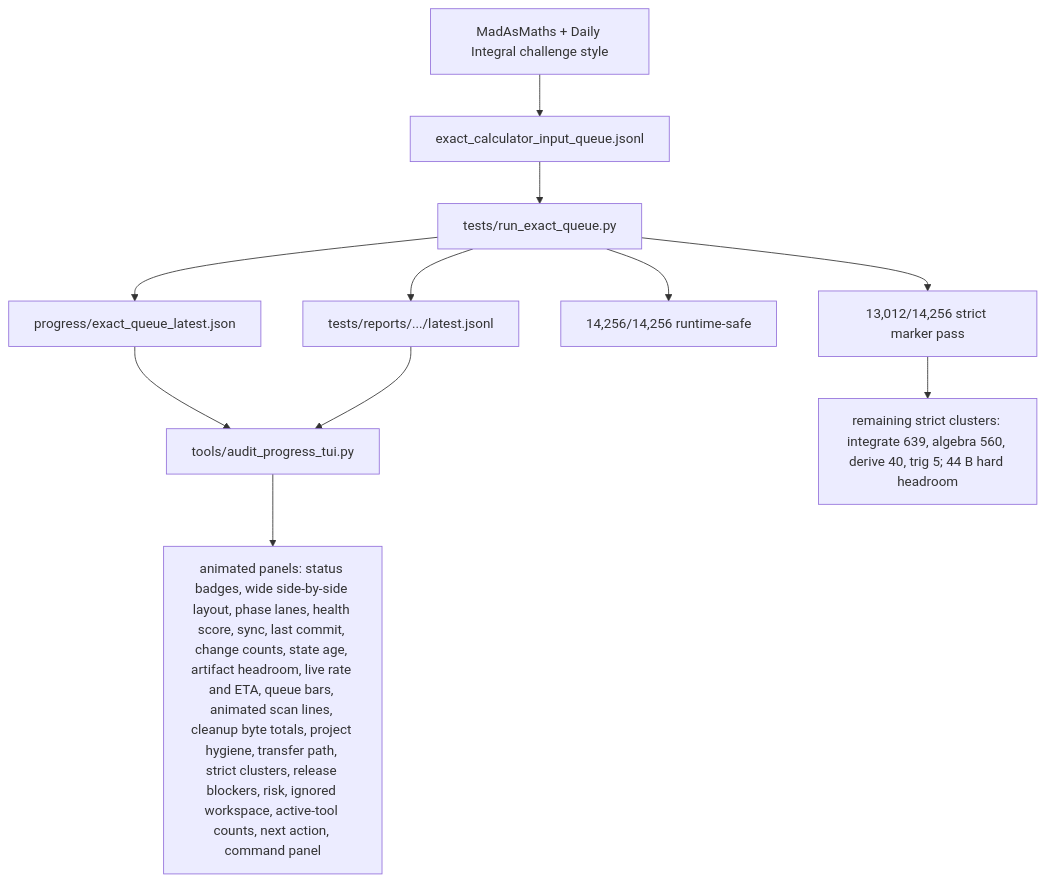
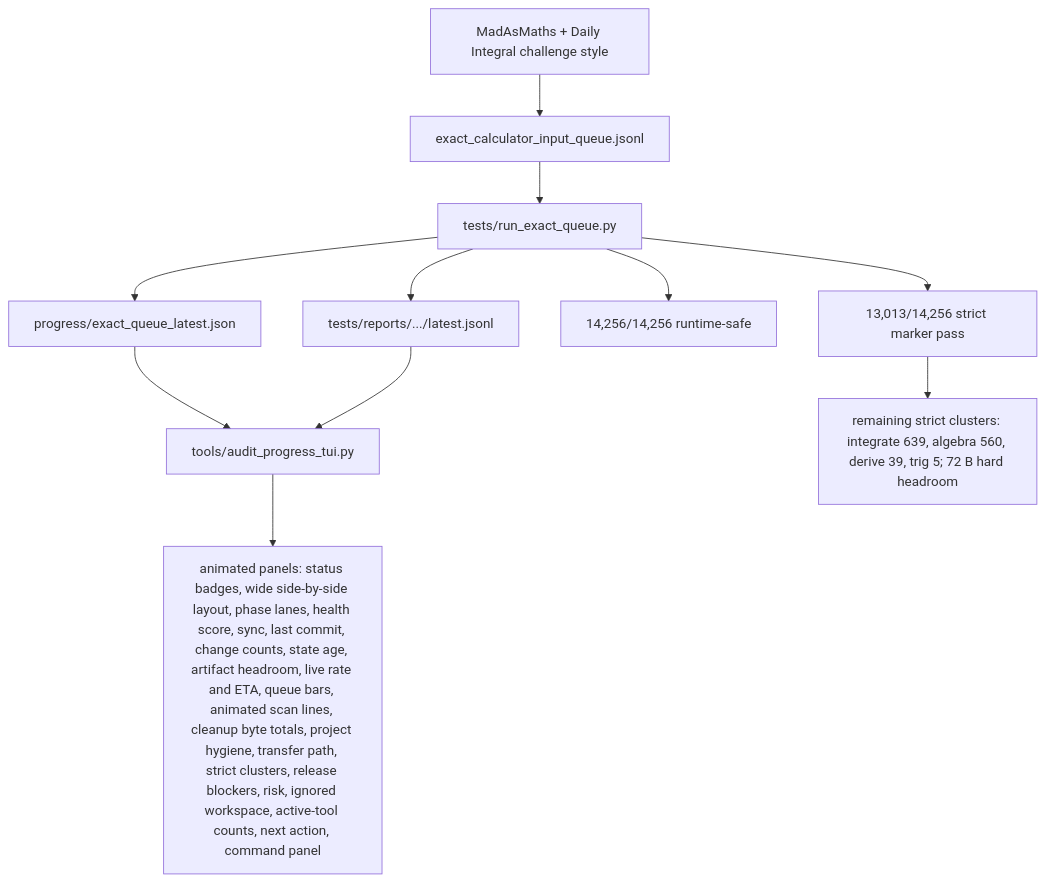
Before and after one commit to james8464/notes-addin-casio-fx-cg50: the fifth of 6 diagrams in docs/GRAPH.md, drawn with Mermaid. The commit also changed other lines of this file and 4 other files, not shown here.

````diff
--- a/docs/GRAPH.md
+++ b/docs/GRAPH.md
@@ -60,13 +60,13 @@
 ```mermaid
 graph TD
   Online["MadAsMaths + Daily Integral challenge style"] --> Queue["exact_calculator_input_queue.jsonl"]
   Queue --> Runner["tests/run_exact_queue.py"]
   Runner --> Live["progress/exact_queue_latest.json"]
   Runner --> Report["tests/reports/.../latest.jsonl"]
   Live --> TUI["tools/audit_progress_tui.py"]
   Report --> TUI
   TUI --> Panels["animated panels: status badges, wide side-by-side layout, phase lanes, health score, sync, last commit, change counts, state age, artifact headroom, live rate and ETA, queue bars, animated scan lines, cleanup byte totals, project hygiene, transfer path, strict clusters, release blockers, risk, ignored workspace, active-tool counts, next action, command panel"]
   Runner --> Runtime["14,256/14,256 runtime-safe"]
-  Runner --> Strict["13,012/14,256 strict marker pass"]
-  Strict --> Remaining["remaining strict clusters: integrate 639, algebra 560, derive 40, trig 5; 44 B hard headroom"]
+  Runner --> Strict["13,013/14,256 strict marker pass"]
+  Strict --> Remaining["remaining strict clusters: integrate 639, algebra 560, derive 39, trig 5; 72 B hard headroom"]
 ```
````
